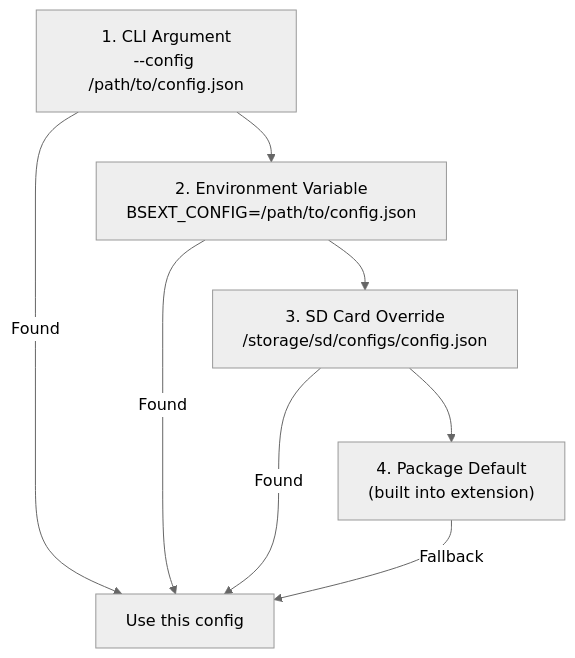
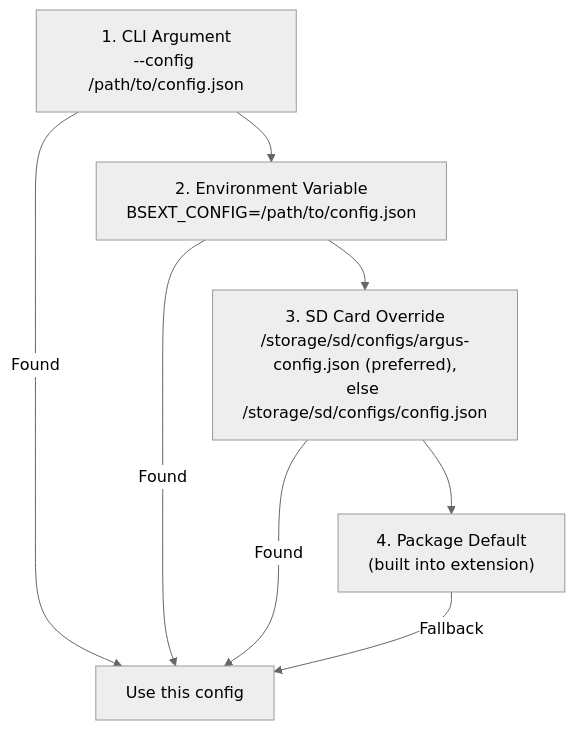
Before and after one commit to brightsign/argus-audience-measurement-extension: the diagram in docs/CONFIGURATION.md, drawn with Mermaid (neutral theme). The commit also changed other lines of this file and 1 other file, not shown here.

First line of the commit message:
chore: ignore secrets, bytecode, model binaries and bench outputs; fix SD config precedence doc

````diff
--- a/docs/CONFIGURATION.md
+++ b/docs/CONFIGURATION.md
@@ -9,12 +9,12 @@
 ```mermaid
 flowchart TD
     CLI["1. CLI Argument<br/>--config /path/to/config.json"] --> ENV
     ENV["2. Environment Variable<br/>BSEXT_CONFIG=/path/to/config.json"] --> SD
-    SD["3. SD Card Override<br/>/storage/sd/configs/config.json"] --> PKG
+    SD["3. SD Card Override<br/>/storage/sd/configs/argus-config.json (preferred),<br/>else /storage/sd/configs/config.json"] --> PKG
     PKG["4. Package Default<br/>(built into extension)"]
 
     CLI --> |Found| USE[Use this config]
     ENV --> |Found| USE
     SD --> |Found| USE
     PKG --> |Fallback| USE
 ```
````
